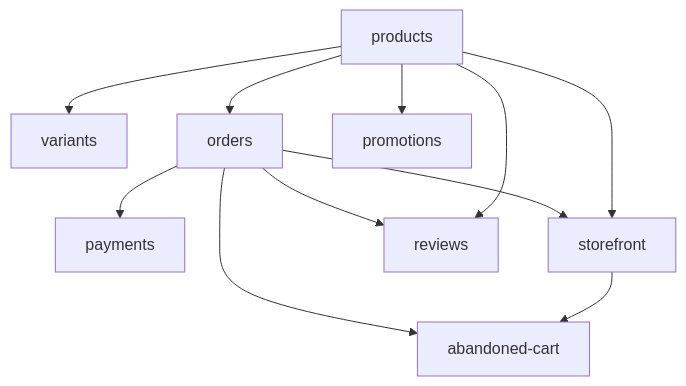
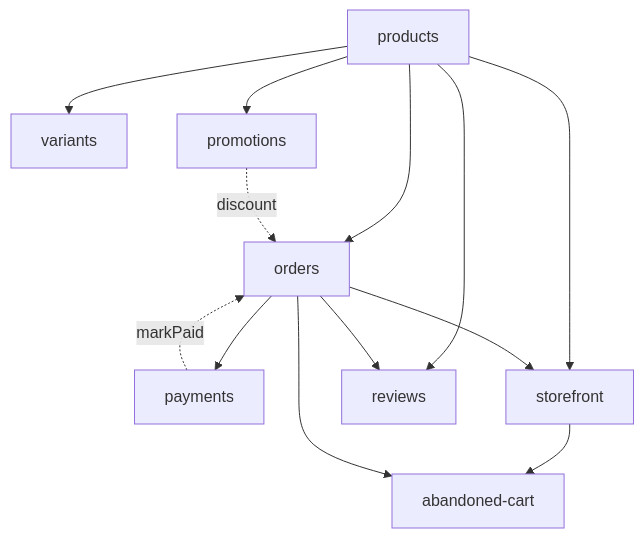
Before and after one commit to Max-Nijenkamp/FlowFlex: the first of 2 diagrams in vault/domains/ecommerce/_index.md, drawn with Mermaid. The commit also changed other lines of this file and 2956 other files, not shown here.

````diff
--- a/vault/domains/ecommerce/_index.md
+++ b/vault/domains/ecommerce/_index.md
@@ -42,13 +40,15 @@
 ```mermaid
 graph TD
-    products --> variants
+    products[products] --> variants
     products --> orders
     orders --> payments
     products --> storefront
     orders --> storefront
     products --> promotions
     products --> reviews
     orders --> reviews
     storefront --> abandoned-cart
     orders --> abandoned-cart
+    promotions -.discount.-> orders
+    payments -.markPaid.-> orders
 ```
````
